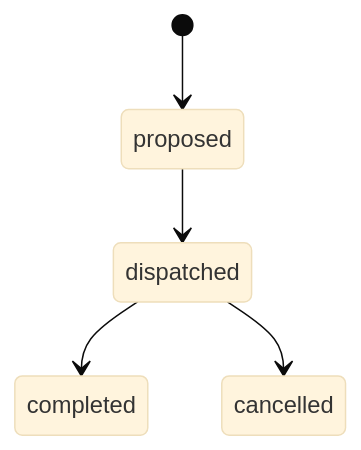
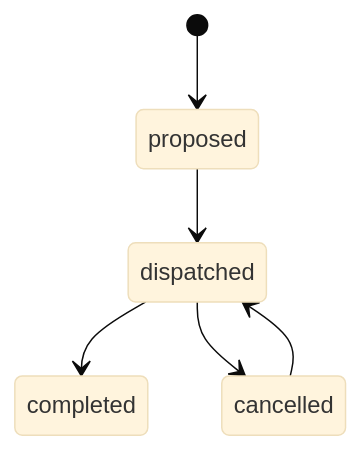
Before and after one commit to softeerbootcamp-8th/DE_team2-GangnamguUmBokDong: the second of 2 diagrams in docs/gold/target-erd.md, drawn with Mermaid (base theme). The commit also changed 18 other files, not shown here.

````diff
--- a/docs/gold/target-erd.md
+++ b/docs/gold/target-erd.md
@@ -429,7 +429,8 @@
 ```mermaid
 stateDiagram-v2
     [*] --> proposed
     proposed --> dispatched
     dispatched --> completed
     dispatched --> cancelled
+    cancelled --> dispatched
 ```
````
